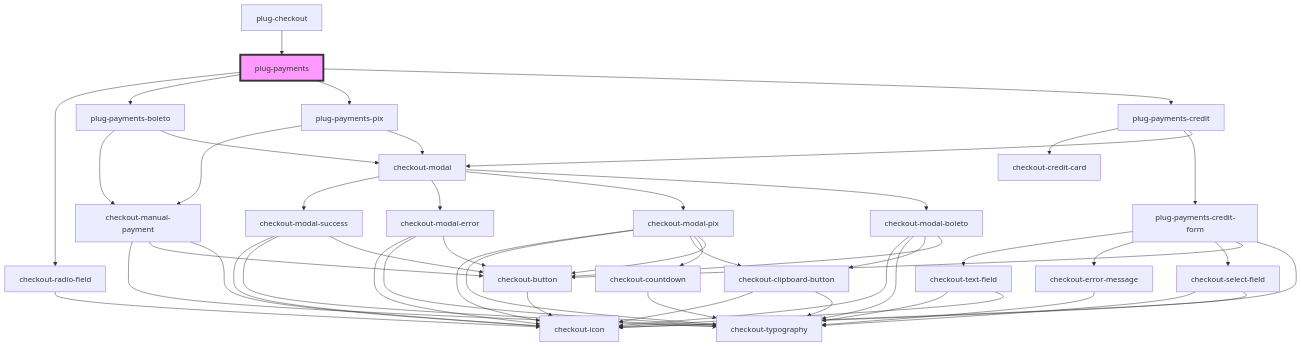
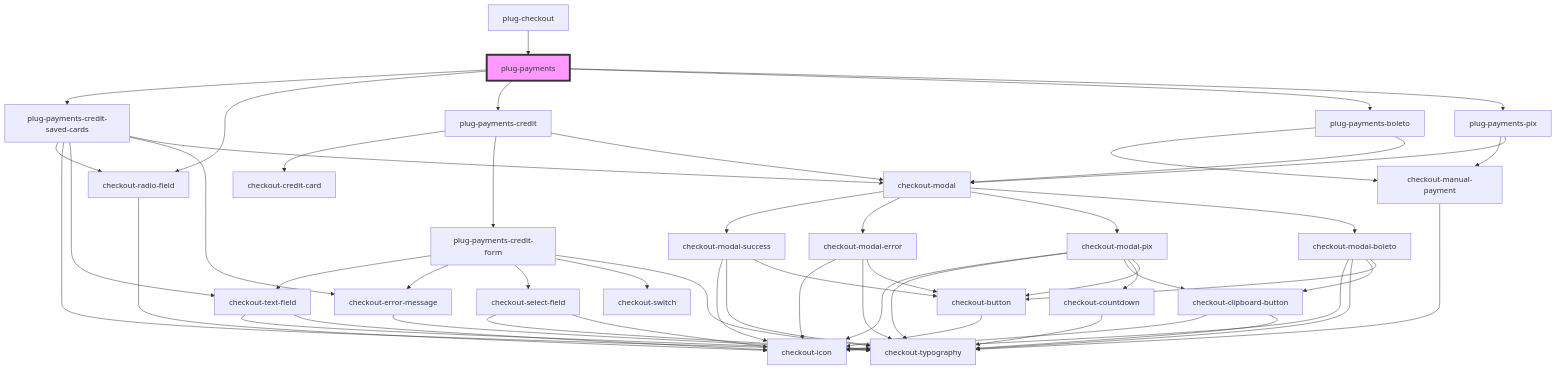
Before and after one commit to plughacker/malga-checkout: the diagram in packages/checkout/core/src/components/plug-payments/readme.md, drawn with Mermaid. The commit also changed other lines of this file and 7 other files, not shown here.

````diff
--- a/packages/checkout/core/src/components/plug-payments/readme.md
+++ b/packages/checkout/core/src/components/plug-payments/readme.md
@@ -52,53 +28,57 @@
 ```mermaid
 graph TD;
+  plug-payments --> plug-payments-credit-saved-cards
   plug-payments --> checkout-radio-field
+  plug-payments --> plug-payments-credit
   plug-payments --> plug-payments-boleto
   plug-payments --> plug-payments-pix
-  plug-payments --> plug-payments-credit
+  plug-payments-credit-saved-cards --> checkout-radio-field
+  plug-payments-credit-saved-cards --> checkout-typography
+  plug-payments-credit-saved-cards --> checkout-text-field
+  plug-payments-credit-saved-cards --> checkout-error-message
+  plug-payments-credit-saved-cards --> checkout-modal
   checkout-radio-field --> checkout-icon
-  plug-payments-boleto --> checkout-manual-payment
-  plug-payments-boleto --> checkout-modal
-  checkout-manual-payment --> checkout-typography
-  checkout-manual-payment --> checkout-button
-  checkout-manual-payment --> checkout-icon
-  checkout-button --> checkout-icon
+  checkout-text-field --> checkout-typography
+  checkout-text-field --> checkout-icon
+  checkout-error-message --> checkout-typography
   checkout-modal --> checkout-modal-success
   checkout-modal --> checkout-modal-error
   checkout-modal --> checkout-modal-pix
   checkout-modal --> checkout-modal-boleto
   checkout-modal-success --> checkout-icon
   checkout-modal-success --> checkout-typography
   checkout-modal-success --> checkout-button
+  checkout-button --> checkout-icon
   checkout-modal-error --> checkout-icon
   checkout-modal-error --> checkout-typography
   checkout-modal-error --> checkout-button
   checkout-modal-pix --> checkout-icon
   checkout-modal-pix --> checkout-typography
   checkout-modal-pix --> checkout-clipboard-button
   checkout-modal-pix --> checkout-countdown
   checkout-modal-pix --> checkout-button
   checkout-clipboard-button --> checkout-icon
   checkout-clipboard-button --> checkout-typography
   checkout-countdown --> checkout-typography
   checkout-modal-boleto --> checkout-icon
   checkout-modal-boleto --> checkout-typography
   checkout-modal-boleto --> checkout-clipboard-button
   checkout-modal-boleto --> checkout-button
-  plug-payments-pix --> checkout-manual-payment
-  plug-payments-pix --> checkout-modal
   plug-payments-credit --> checkout-credit-card
   plug-payments-credit --> plug-payments-credit-form
   plug-payments-credit --> checkout-modal
   plug-payments-credit-form --> checkout-text-field
   plug-payments-credit-form --> checkout-error-message
   plug-payments-credit-form --> checkout-select-field
-  plug-payments-credit-form --> checkout-button
-  plug-payments-credit-form --> checkout-icon
-  checkout-text-field --> checkout-typography
-  checkout-text-field --> checkout-icon
-  checkout-error-message --> checkout-typography
+  plug-payments-credit-form --> checkout-switch
+  plug-payments-credit-form --> checkout-typography
   checkout-select-field --> checkout-typography
   checkout-select-field --> checkout-icon
+  plug-payments-boleto --> checkout-manual-payment
+  plug-payments-boleto --> checkout-modal
+  checkout-manual-payment --> checkout-typography
+  plug-payments-pix --> checkout-manual-payment
+  plug-payments-pix --> checkout-modal
   plug-checkout --> plug-payments
   style plug-payments fill:#f9f,stroke:#333,stroke-width:4px
 ```
````
